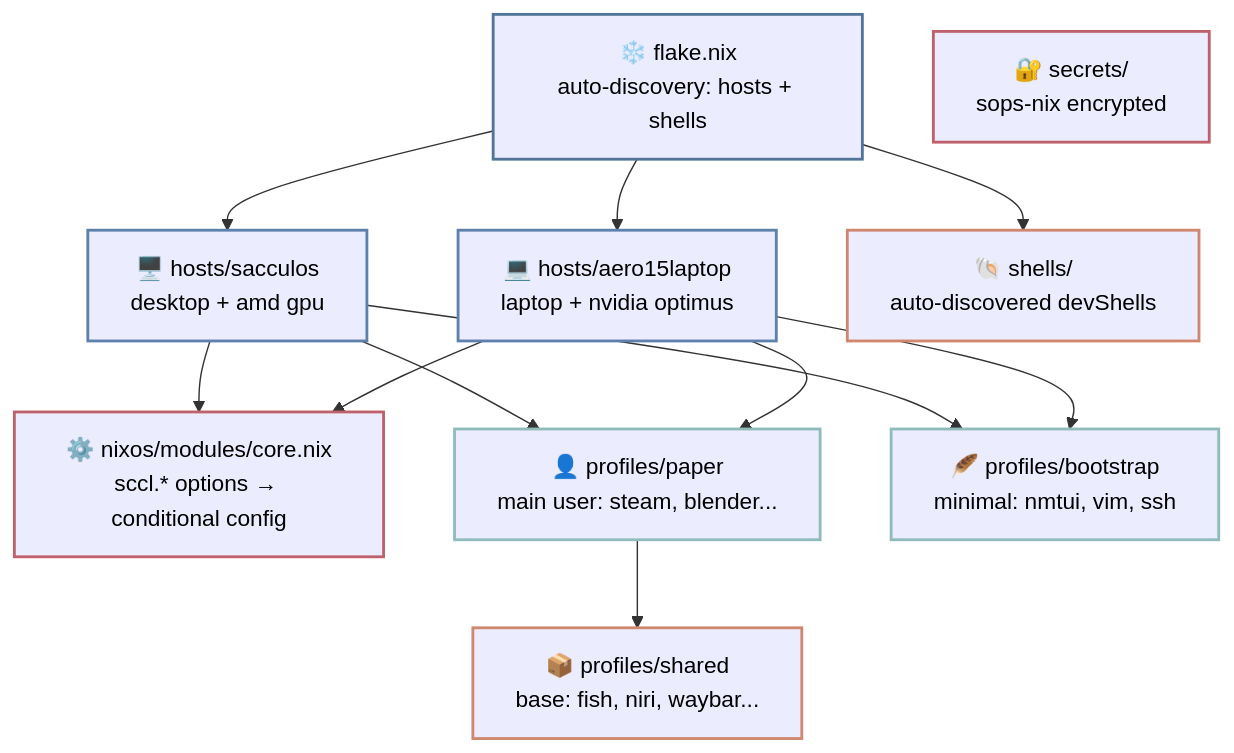
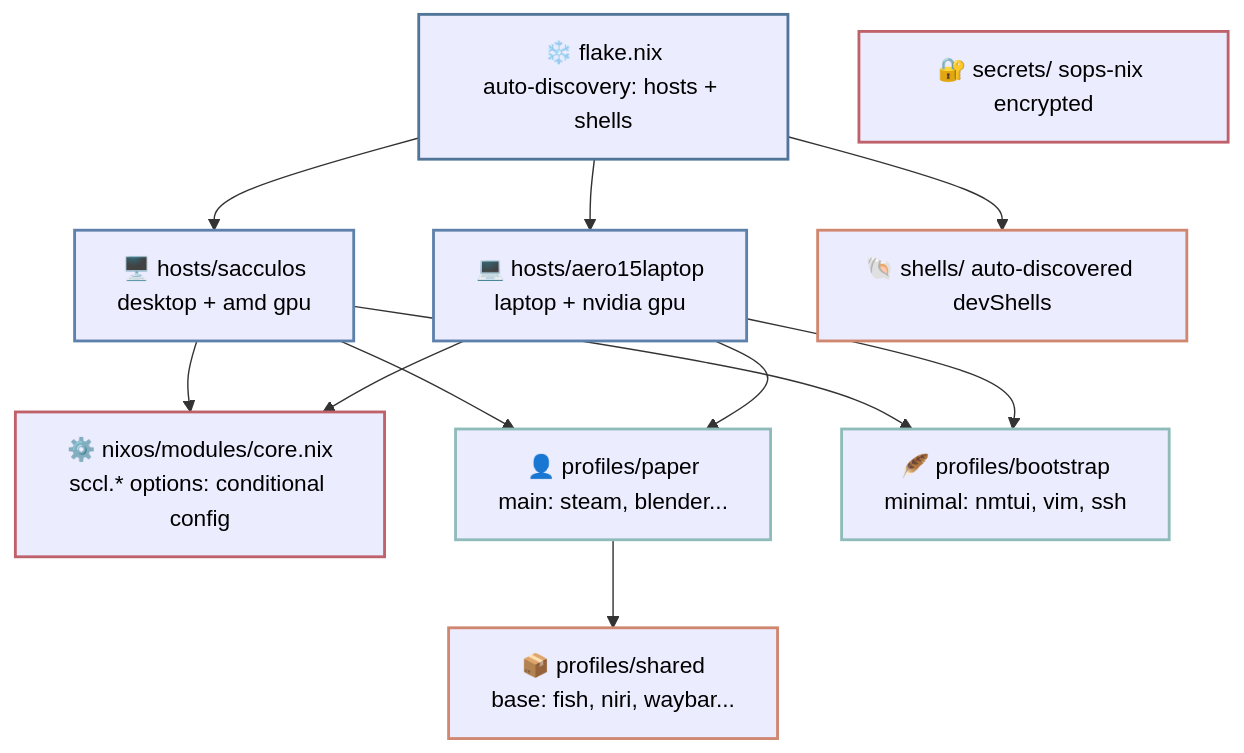
One commit to scclie/bred.sccl changed the diagram in content/en/it/os/sccl_nix.md. Above: the diagram before and after it, drawn with Mermaid. The commit also changed other lines of this file and 16 other files, not shown here.

````diff
--- a/content/en/it/os/sccl_nix.md
+++ b/content/en/it/os/sccl_nix.md
@@ -131,48 +183,48 @@
 ```mermaid
 flowchart TD
-    F[❄️ flake.nix<br/>auto-discovery: hosts + shells]
+    F["❄️ flake.nix<br/>auto-discovery: hosts + shells"]
 
-    NM[⚙️ nixos/modules/core.nix<br/>sccl.* options → conditional config]
+    NM["⚙️ nixos/modules/core.nix<br/>sccl.* options: conditional config"]
 
-    H1[🖥️  hosts/sacculos<br/>desktop + amd gpu]
-    H2[💻 hosts/aero15laptop<br/>laptop + nvidia optimus]
+    H1["🖥️ hosts/sacculos<br/>desktop + amd gpu"]
+    H2["💻 hosts/aero15laptop<br/>laptop + nvidia gpu"]
 
-    P1[👤 profiles/paper<br/>main user: steam, blender...]
-    PS[📦 profiles/shared<br/>base: fish, niri, waybar...]
+    P1["👤 profiles/paper<br/>main: steam, blender..."]
+    PS["📦 profiles/shared<br/>base: fish, niri, waybar..."]
 
-    PB[🪶 profiles/bootstrap<br/>minimal: nmtui, vim, ssh]
+    PB["🪶 profiles/bootstrap<br/>minimal: nmtui, vim, ssh"]
 
-    S[🔐 secrets/<br/>sops-nix encrypted]
-    SH[🐚 shells/<br/>auto-discovered devShells]
+    S["🔐 secrets/ sops-nix encrypted"]
+    SH["🐚 shells/ auto-discovered devShells"]
 
     F --> H1
     F --> H2
     F --> SH
 
     H1 --> NM
     H2 --> NM
 
     H1 --> P1
     H2 --> P1
 
     H1 --> PB
     H2 --> PB
 
     P1 --> PS
 
     classDef flakeStyle stroke:#517599,stroke-width:2px,color:currentColor
     classDef hostStyle stroke:#5e81ac,stroke-width:2px,color:currentColor
     classDef profileStyle stroke:#8fbcbb,stroke-width:2px,color:currentColor
     classDef sharedStyle stroke:#d08770,stroke-width:2px,color:currentColor
     classDef moduleStyle stroke:#bf616a,stroke-width:2px,color:currentColor
     classDef secretStyle stroke:#bf616a,stroke-width:2px,color:currentColor
     classDef shellStyle stroke:#d08770,stroke-width:2px,color:currentColor
 
     class F flakeStyle
     class H1,H2 hostStyle
     class P1,PB profileStyle
     class PS sharedStyle
     class NM moduleStyle
     class S secretStyle
     class SH shellStyle
 ```
````
